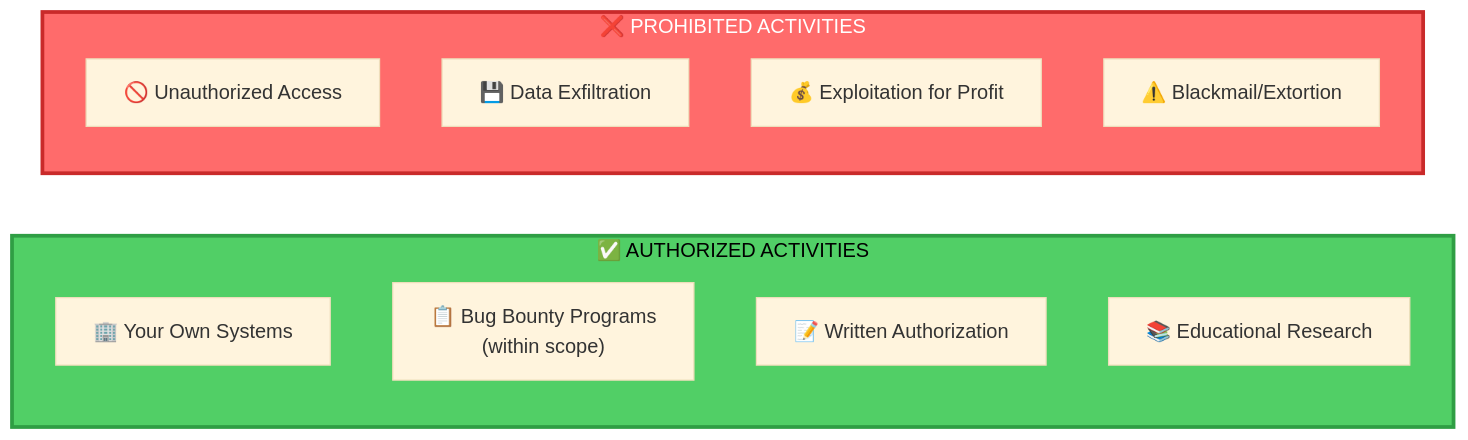
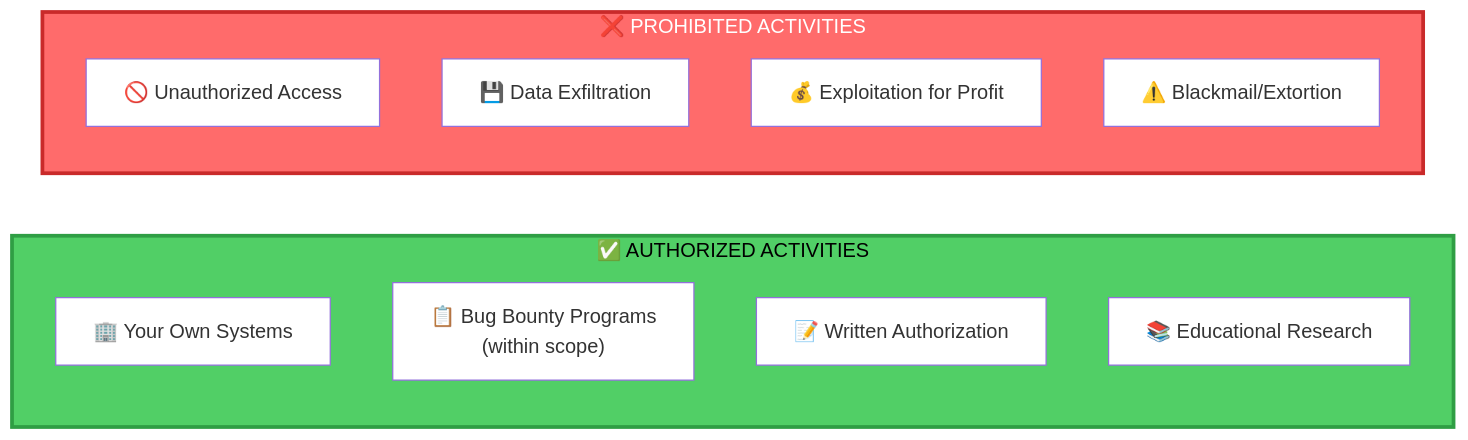
The seventh of 7 diagrams in README.md (mizazhaider-ceh/Web-Security-Google-Dorking), drawn with Mermaid before and after one commit. The commit also changed other lines of this file, not shown here.

````diff
--- a/README.md
+++ b/README.md
@@ -404,20 +404,20 @@
 ```mermaid
-%%{init: {'theme':'base'}}%%
+%%{init: {'theme':'default', 'themeVariables': { 'background':'#ffffff','mainBkg':'#ffffff','secondaryBkg':'#ffffff','tertiaryBkg':'#ffffff','clusterBkg':'#ffffff'}}}%%
 flowchart LR
     subgraph Allowed["✅ AUTHORIZED ACTIVITIES"]
         A1["🏢 Your Own Systems"]
         A2["📋 Bug Bounty Programs<br/>(within scope)"]
         A3["📝 Written Authorization"]
         A4["📚 Educational Research"]
     end
     
     subgraph Prohibited["❌ PROHIBITED ACTIVITIES"]
         P1["🚫 Unauthorized Access"]
         P2["💾 Data Exfiltration"]
         P3["💰 Exploitation for Profit"]
         P4["⚠️ Blackmail/Extortion"]
     end
     
     style Allowed fill:#51cf66,stroke:#2f9e44,stroke-width:3px,color:#000
     style Prohibited fill:#ff6b6b,stroke:#c92a2a,stroke-width:3px,color:#fff
 ```
````
